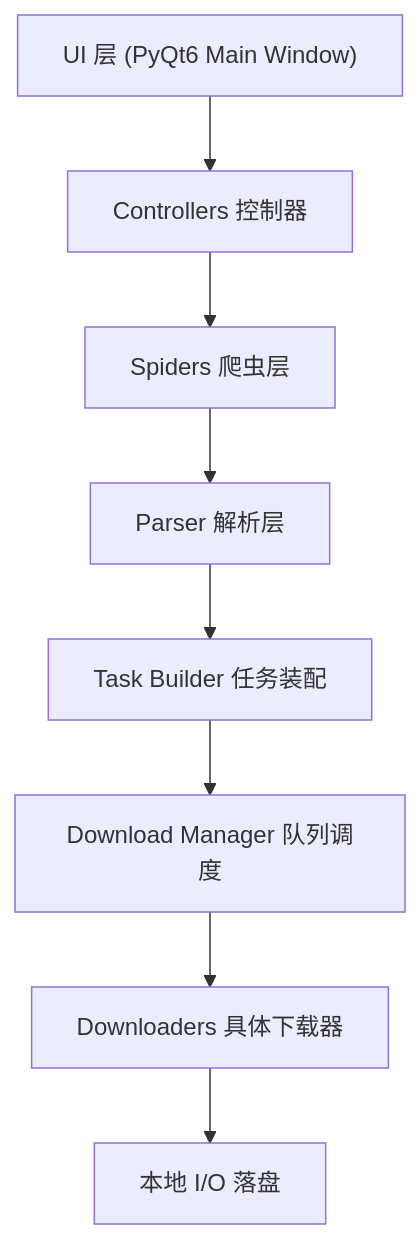
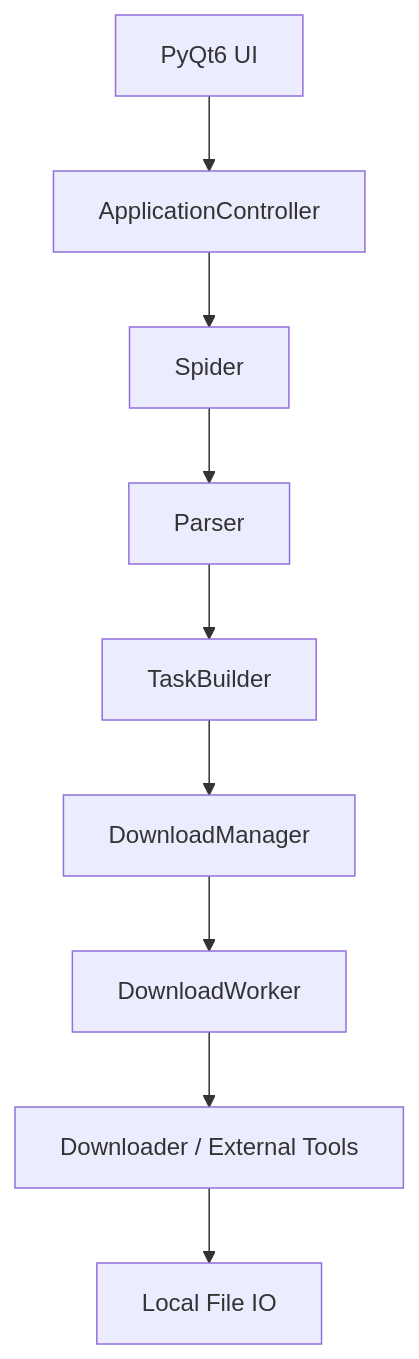
The diagram in README.md (haohaizi554/UniversalCrawler), drawn with Mermaid before and after one commit. The commit also changed other lines of this file and 150 other files, not shown here.

````diff
--- a/README.md
+++ b/README.md
@@ -144,10 +248,11 @@
-  ```mermaid
-  graph TD
-      UI["UI 层 (PyQt6 Main Window)"] --> Ctrl["Controllers 控制器"]
-      Ctrl --> Spider["Spiders 爬虫层"]
-      Spider --> Parser[Parser 解析层]
-      Parser --> Builder[Task Builder 任务装配]
-      Builder --> DLMgr[Download Manager 队列调度]
-      DLMgr --> DL[Downloaders 具体下载器]
-      DL --> IO[本地 I/O 落盘]
-  ```
+```mermaid
+graph TD
+    UI[PyQt6 UI] --> CTRL[ApplicationController]
+    CTRL --> SPIDER[Spider]
+    SPIDER --> PARSER[Parser]
+    PARSER --> BUILDER[TaskBuilder]
+    BUILDER --> MANAGER[DownloadManager]
+    MANAGER --> WORKER[DownloadWorker]
+    WORKER --> DOWNLOADER[Downloader / External Tools]
+    DOWNLOADER --> IO[Local File IO]
+```
````
